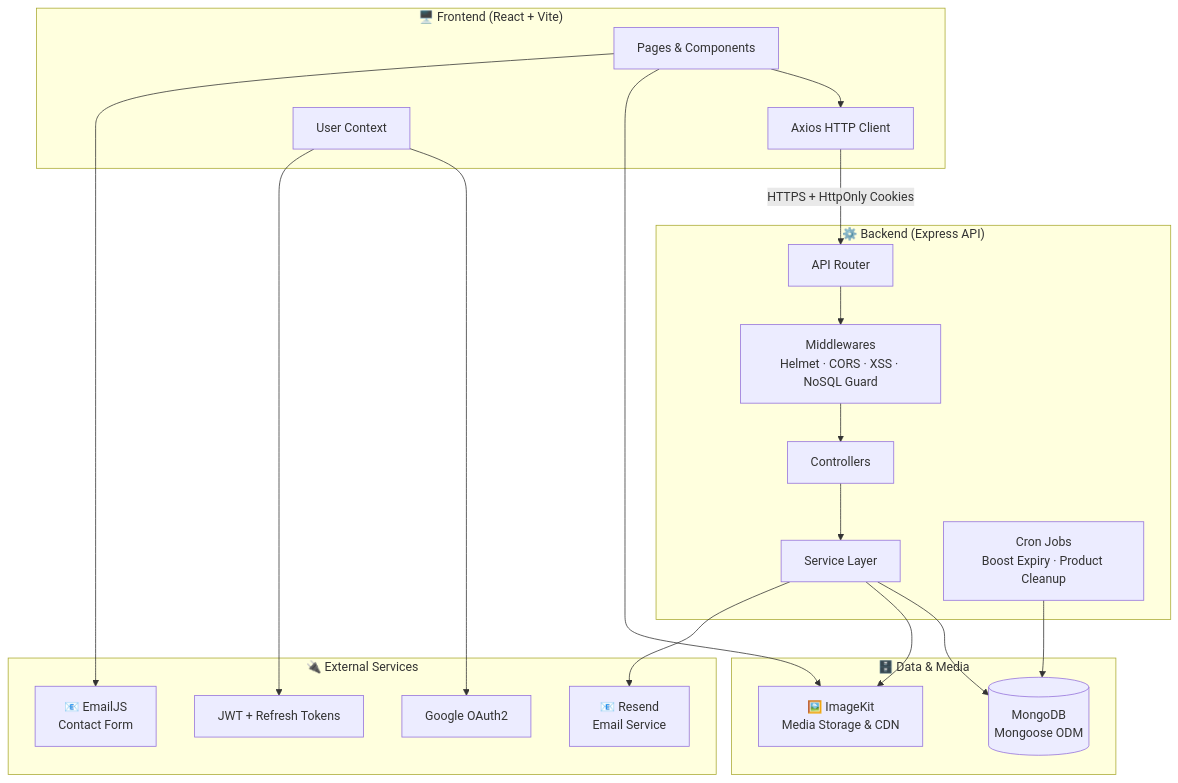
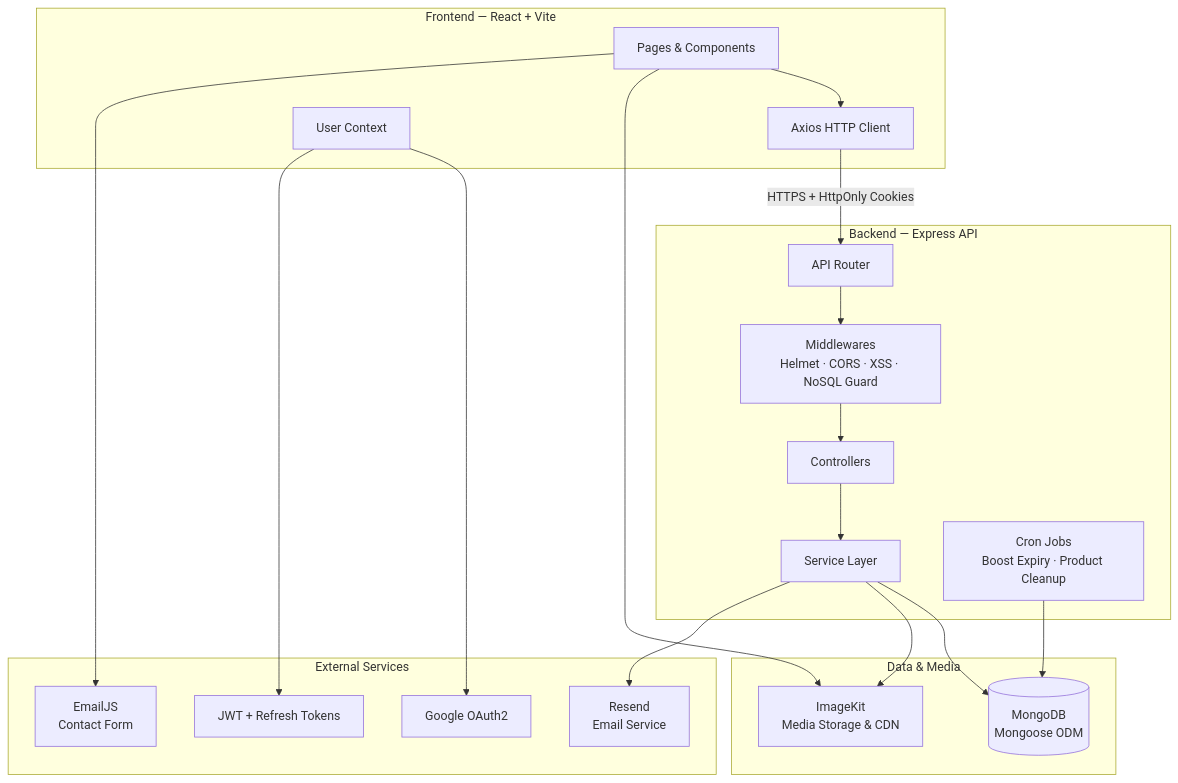
Before and after one commit to Imaginum-org/Unideals: the diagram in Readme.md, drawn with Mermaid. The commit also changed other lines of this file and 44 other files, not shown here.

````diff
--- a/Readme.md
+++ b/Readme.md
@@ -134,40 +134,46 @@
 ```mermaid
 flowchart TB
-    subgraph Client ["🖥️  Frontend  (React + Vite)"]
+    subgraph Client ["Frontend — React + Vite"]
         UI[Pages & Components]
         Axios[Axios HTTP Client]
         UserCtx[User Context]
     end
 
-    subgraph Server ["⚙️  Backend  (Express API)"]
+    subgraph Server ["Backend — Express API"]
         Router[API Router]
-        MW[Middlewares\nHelmet · CORS · XSS · NoSQL Guard]
+        MW["Middlewares
+Helmet · CORS · XSS · NoSQL Guard"]
         Controllers[Controllers]
         Services[Service Layer]
-        Jobs[Cron Jobs\nBoost Expiry · Product Cleanup]
+        Jobs["Cron Jobs
+Boost Expiry · Product Cleanup"]
     end
 
-    subgraph Data ["🗄️  Data & Media"]
-        MongoDB[(MongoDB\nMongoose ODM)]
-        ImageKit[🖼️ ImageKit\nMedia Storage & CDN]
+    subgraph Data ["Data & Media"]
+        MongoDB[(MongoDB
+Mongoose ODM)]
+        ImageKit[ImageKit
+Media Storage & CDN]
     end
 
-    subgraph External ["🔌  External Services"]
+    subgraph External ["External Services"]
         JWT[JWT + Refresh Tokens]
         Google[Google OAuth2]
-        Resend[📧 Resend\nEmail Service]
-        EmailJS[📧 EmailJS\nContact Form]
+        Resend[Resend
+Email Service]
+        EmailJS[EmailJS
+Contact Form]
     end
 
     UI --> Axios
-    Axios -->|"HTTPS + HttpOnly Cookies"| Router
+    Axios -->|HTTPS + HttpOnly Cookies| Router
     Router --> MW --> Controllers --> Services
     Services --> MongoDB
     Services --> ImageKit
     Services --> Resend
     Jobs --> MongoDB
     UserCtx --> Google
     UserCtx --> JWT
     UI --> ImageKit
     UI --> EmailJS
 ```
````
